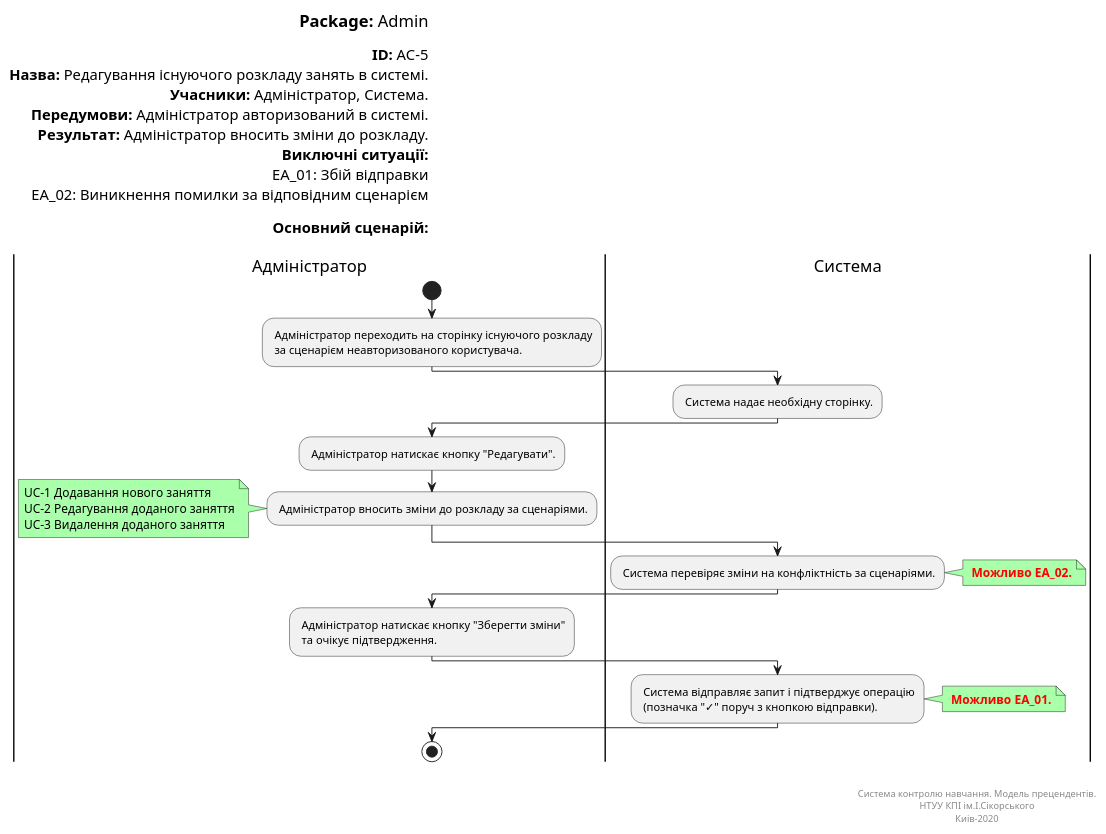
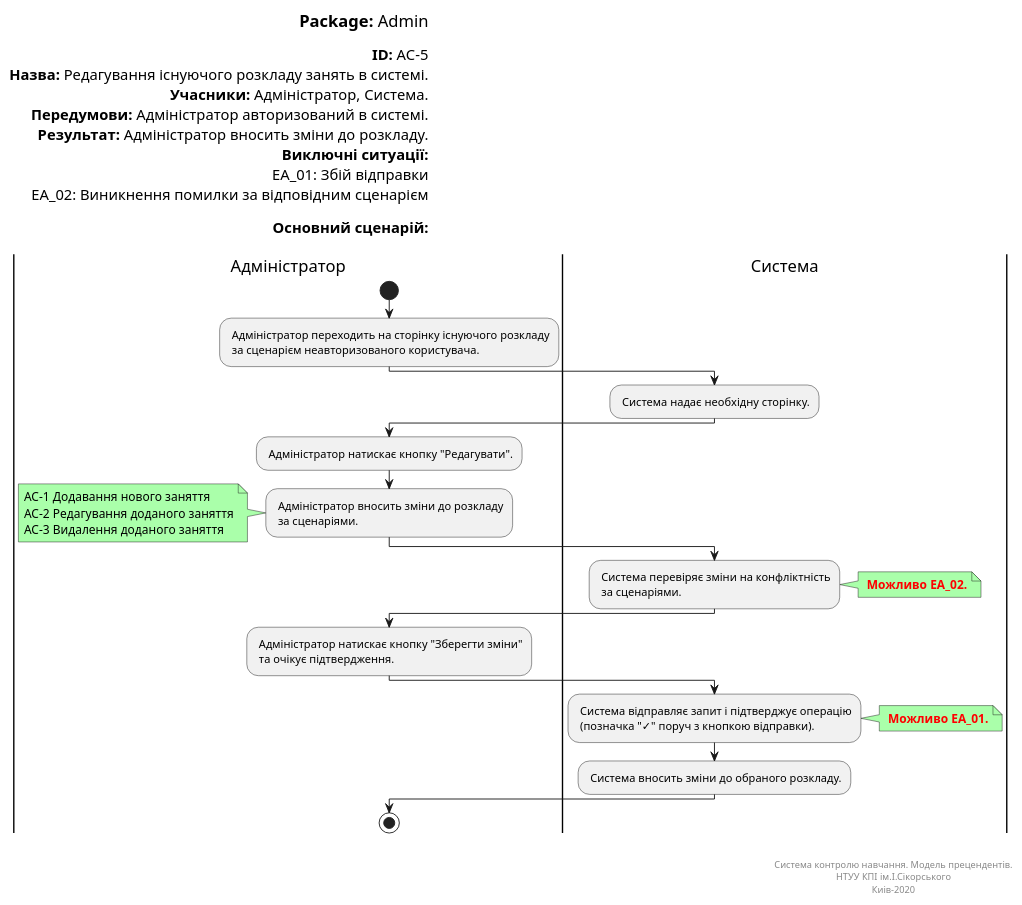
One commit to vladlinu/TeamOne changed the diagram in docs/UML_Diagrams/scenarios/admin/src/edit_schedule.pu. Above: the diagram before and after it, drawn with PlantUML. The commit also changed 15 other files, not shown here.

```diff
--- a/docs/UML_Diagrams/scenarios/admin/src/edit_schedule.pu
+++ b/docs/UML_Diagrams/scenarios/admin/src/edit_schedule.pu
@@ -1,66 +1,70 @@
 @startuml
 left header
 <font color=000 size=18><b>Package:</b> Admin
 
 <font color=000 size=16><b>ID:</b> AC-5
 <font color=000 size=16><b>Назва:</b> Редагування існуючого розкладу занять в системі.
 <font color=000 size=16><b>Учасники:</b> Адміністратор, Система.
 <font color=000 size=16><b>Передумови:</b> Адміністратор авторизований в системі.
 <font color=000 size=16><b>Результат:</b> Адміністратор вносить зміни до розкладу.
 <font color=000 size=16><b>Виключні ситуації:</b>
 <font color=000 size=16> EA_01: Збій відправки
 <font color=000 size=16> EA_02: Виникнення помилки за відповідним сценарієм
 
 <font color=000 size=16><b>Основний сценарій:</b>
 
 end header
 
 |Адміністратор|
 start
 : Адміністратор переходить на сторінку існуючого розкладу
  за сценарієм неавторизованого користувача.;
 
 |Система|
 : Система надає необхідну сторінку.;
 
 |Адміністратор|
 : Адміністратор натискає кнопку "Редагувати".;
 
-: Адміністратор вносить зміни до розкладу за сценаріями.;
+: Адміністратор вносить зміни до розкладу
+ за сценаріями.;
 
 note left #aaffaa
-UC-1 Додавання нового заняття
-UC-2 Редагування доданого заняття
-UC-3 Видалення доданого заняття
+AC-1 Додавання нового заняття
+AC-2 Редагування доданого заняття
+AC-3 Видалення доданого заняття
 end note
 
 |Система|
-: Система перевіряє зміни на конфліктність за сценаріями.;
+: Система перевіряє зміни на конфліктність
+ за сценаріями.;
 
 note right #aaffaa
 <font color=red><b> Можливо EA_02.
 end note
 
 |Адміністратор|
 : Адміністратор натискає кнопку "Зберегти зміни"
  та очікує підтвердження.;
 
 |Система|
 : Система відправляє запит і підтверджує операцію
  (позначка "✓" поруч з кнопкою відправки).;
 
 note right #aaffaa
 <font color=red><b> Можливо EA_01.
 end note
 
+: Система вносить зміни до обраного розкладу.;
+
 |Адміністратор|
 stop;
 
 right footer
 
 
 Система контролю навчання. Модель прецендентів.
 НТУУ КПІ ім.І.Сікорського
 Киів-2020
 end footer
 @enduml
```
